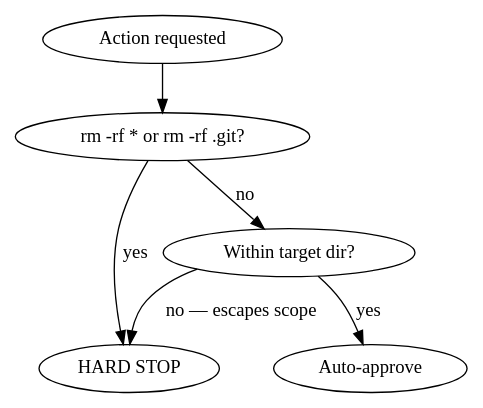
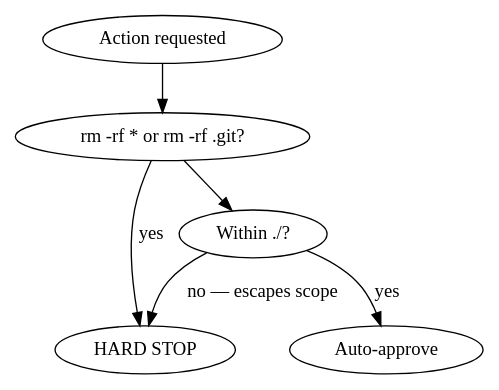
One commit to joe888777/hands-free-skill changed the second of 3 diagrams in SKILL.md. Above: the diagram before and after it, drawn with Graphviz. The commit also changed other lines of this file, not shown here.

Commit message:
Simplify crazy-workspace scope to ./ (current working directory)

````diff
--- a/SKILL.md
+++ b/SKILL.md
@@ -336,9 +334,9 @@
 ```dot
 digraph {
     "Action requested" -> "rm -rf * or rm -rf .git?";
     "rm -rf * or rm -rf .git?" -> "HARD STOP" [label="yes"];
-    "rm -rf * or rm -rf .git?" -> "Within target dir?" [label="no"];
-    "Within target dir?" -> "Auto-approve" [label="yes"];
-    "Within target dir?" -> "HARD STOP" [label="no — escapes scope"];
+    "rm -rf * or rm -rf .git?" -> "Within ./?";
+    "Within ./?" -> "Auto-approve" [label="yes"];
+    "Within ./?" -> "HARD STOP" [label="no — escapes scope"];
 }
 ```
````
